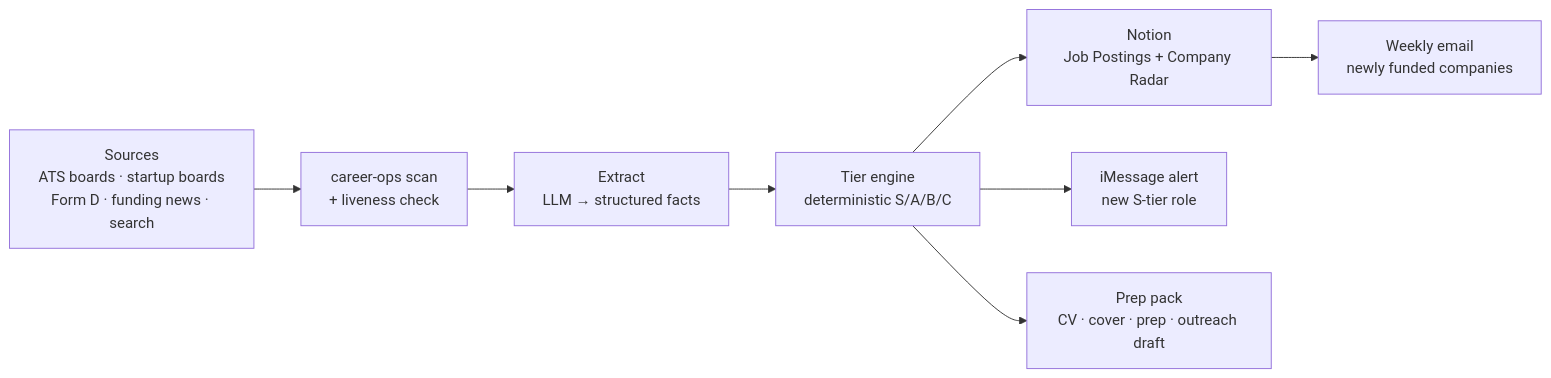
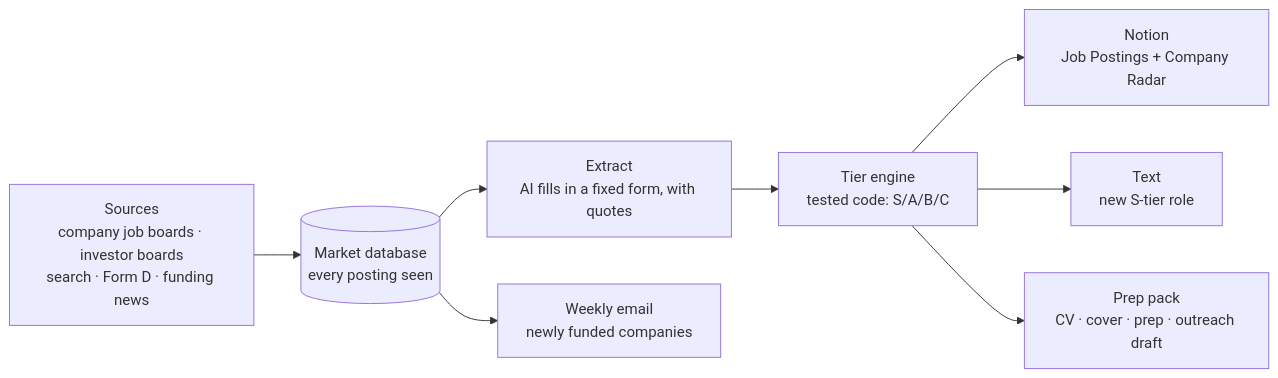
The diagram in README.md (gmmarken/career-ops-deployment-kit), drawn with Mermaid before and after one commit. The commit also changed other lines of this file and 6 other files, not shown here.

First line of the commit message:
docs: describe the kit as built (architecture, README, security, component READMEs) (#58)

````diff
--- a/README.md
+++ b/README.md
@@ -47,10 +50,10 @@
 ```mermaid
 flowchart LR
-  A[Sources<br/>ATS boards · startup boards<br/>Form D · funding news · search] --> B[career-ops scan<br/>+ liveness check]
-  B --> C[Extract<br/>LLM → structured facts]
-  C --> D[Tier engine<br/>deterministic S/A/B/C]
+  A[Sources<br/>company job boards · investor boards<br/>search · Form D · funding news] --> B[(Market database<br/>every posting seen)]
+  B --> C[Extract<br/>AI fills in a fixed form, with quotes]
+  C --> D[Tier engine<br/>tested code: S/A/B/C]
   D --> E[Notion<br/>Job Postings + Company Radar]
-  D --> F[iMessage alert<br/>new S-tier role]
+  D --> F[Text<br/>new S-tier role]
   D --> G[Prep pack<br/>CV · cover · prep · outreach draft]
-  E --> H[Weekly email<br/>newly funded companies]
+  B --> H[Weekly email<br/>newly funded companies]
 ```
````
